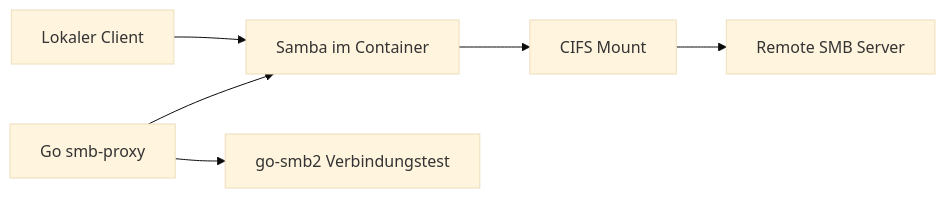
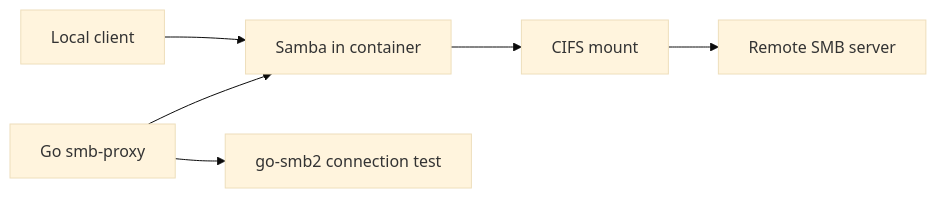
One commit to danielgtmn/smb-proxy changed the diagram in README.md. Above: the diagram before and after it, drawn with Mermaid (base theme). The commit also changed other lines of this file, not shown here.

````diff
--- a/README.md
+++ b/README.md
@@ -129,8 +129,8 @@
 ```mermaid
 flowchart LR
-  Client["Lokaler Client"] --> Samba["Samba im Container"]
-  Samba --> Mount["CIFS Mount"]
-  Mount --> Remote["Remote SMB Server"]
-  Go["Go smb-proxy"] --> Verify["go-smb2 Verbindungstest"]
+  Client["Local client"] --> Samba["Samba in container"]
+  Samba --> Mount["CIFS mount"]
+  Mount --> Remote["Remote SMB server"]
+  Go["Go smb-proxy"] --> Verify["go-smb2 connection test"]
   Go --> Samba
 ```
````
